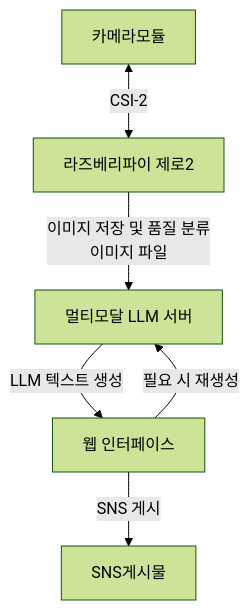
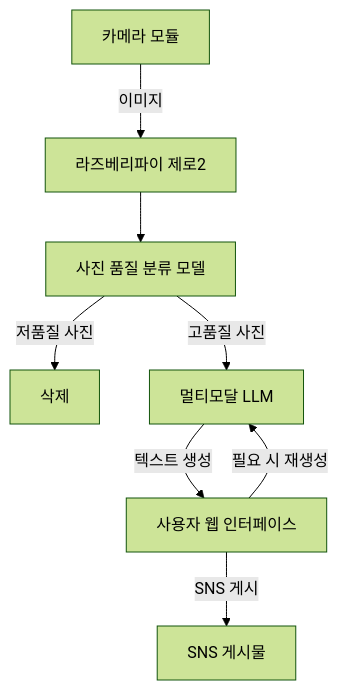
The diagram in README.md (NooriDoori/cam), drawn with Mermaid (forest theme) before and after one commit. The commit also changed other lines of this file, not shown here.

````diff
--- a/README.md
+++ b/README.md
@@ -27,9 +29,10 @@
 ```mermaid
 graph TD
-    A[카메라모듈] <--CSI-2--> B[라즈베리파이 제로2]
-    B -->|이미지 저장 및 품질 분류\n이미지 파일| C[멀티모달 LLM 서버]
-    C -->|LLM 텍스트 생성| D[웹 인터페이스]
+    A[카메라 모듈] --이미지--> B[라즈베리파이 제로2] --> F[사진 품질 분류 모델]
+    F -- 저품질 사진 --> Z[삭제]
+    F -->|고품질 사진| C[멀티모달 LLM]
+    C -->|텍스트 생성| D[사용자 웹 인터페이스]
     D -- 필요 시 재생성 --> C
-    D -->|SNS 게시| E[SNS게시물]
+    D -->|SNS 게시| E[SNS 게시물]
 
 ```
````
